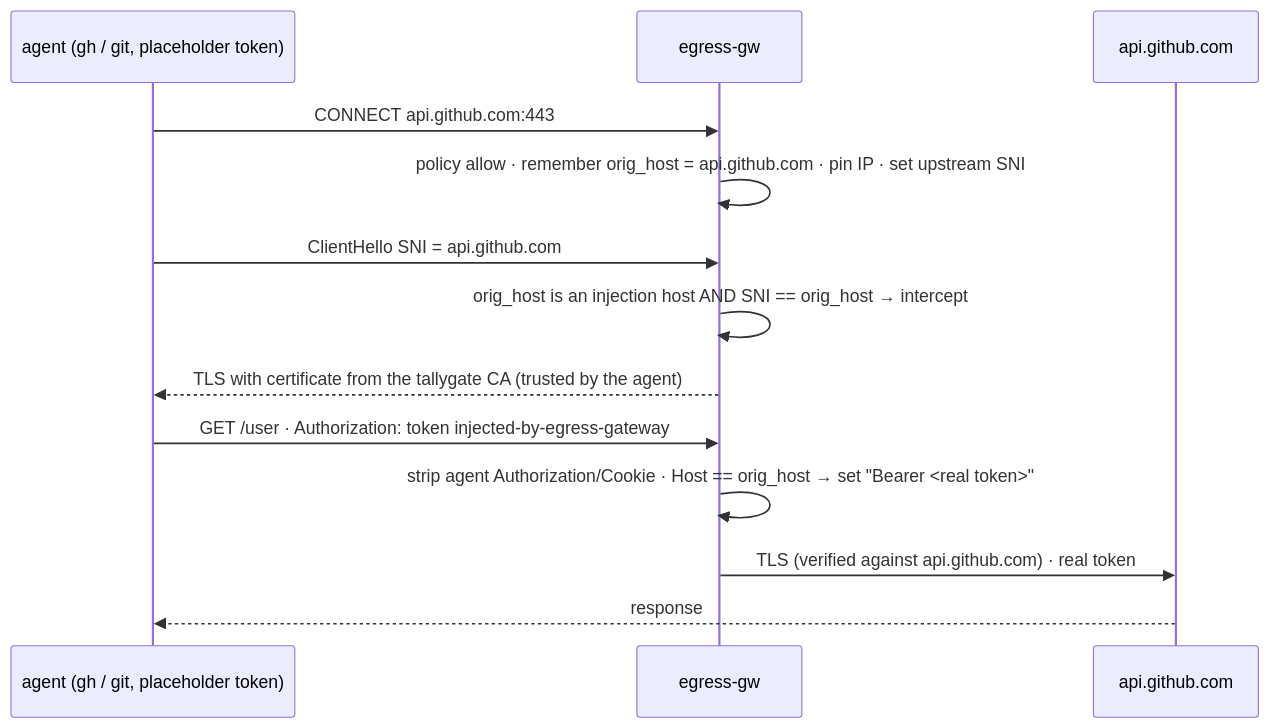
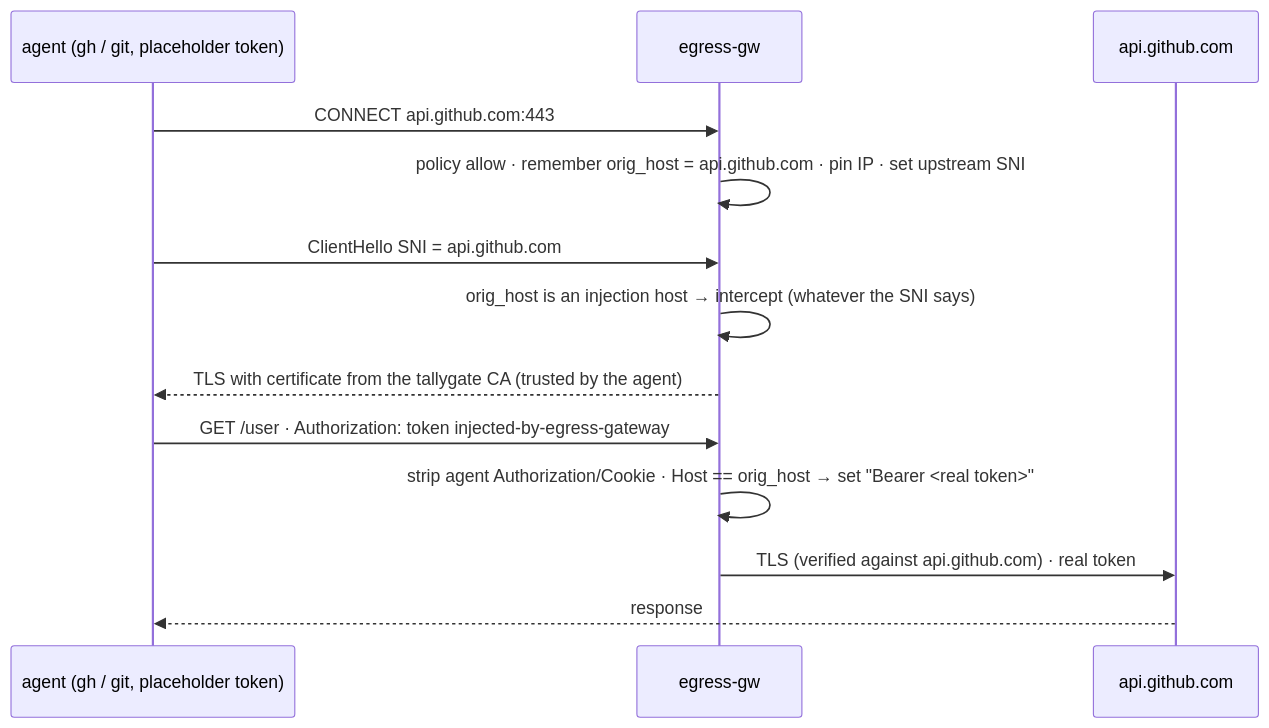
One commit to PhilippMundhenk/tallygate changed the fifth of 6 diagrams in docs/architecture.md. Above: the diagram before and after it, drawn with Mermaid. The commit also changed other lines of this file and 6 other files, not shown here.

````diff
--- a/docs/architecture.md
+++ b/docs/architecture.md
@@ -149,15 +149,15 @@
 ```mermaid
 sequenceDiagram
     participant A as agent (gh / git, placeholder token)
     participant G as egress-gw
     participant S as api.github.com
     A->>G: CONNECT api.github.com:443
     G->>G: policy allow · remember orig_host = api.github.com · pin IP · set upstream SNI
     A->>G: ClientHello SNI = api.github.com
-    G->>G: orig_host is an injection host AND SNI == orig_host → intercept
+    G->>G: orig_host is an injection host → intercept (whatever the SNI says)
     G-->>A: TLS with certificate from the tallygate CA (trusted by the agent)
     A->>G: GET /user · Authorization: token injected-by-egress-gateway
     G->>G: strip agent Authorization/Cookie · Host == orig_host → set "Bearer <real token>"
     G->>S: TLS (verified against api.github.com) · real token
     S-->>A: response
 ```
````
